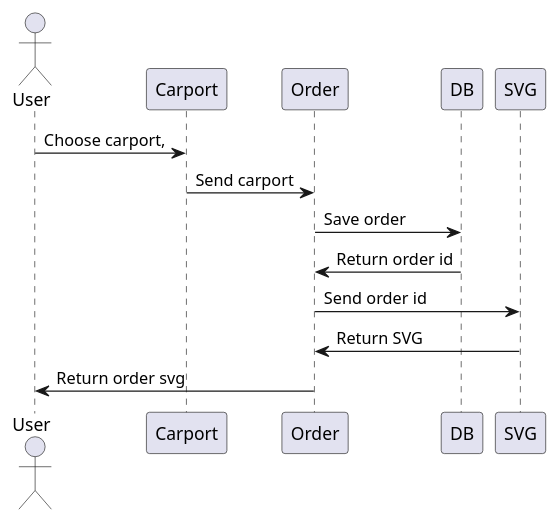
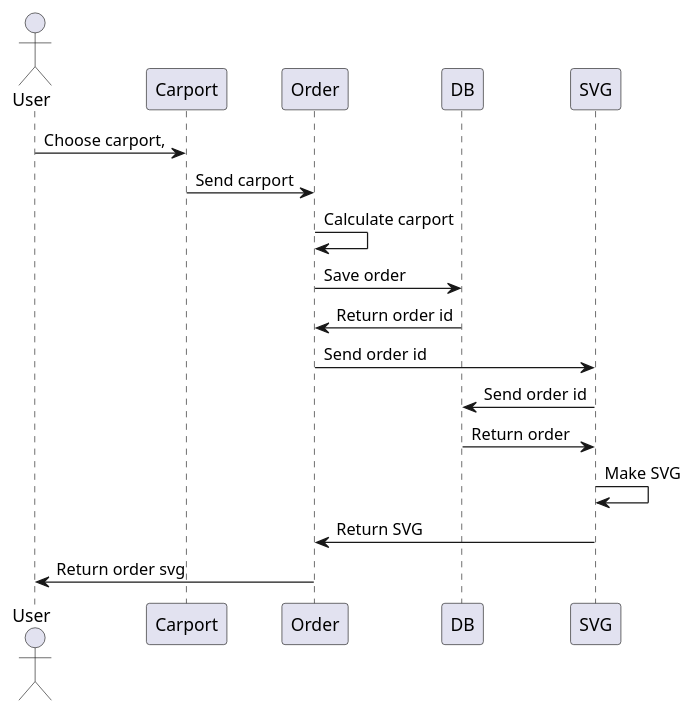
One commit to mbm1337/Carport changed the diagram in models/Sekvensdiagram.puml. Above: the diagram before and after it, drawn with PlantUML. The commit also changed 3 other files, not shown here.

```diff
--- a/models/Sekvensdiagram.puml
+++ b/models/Sekvensdiagram.puml
@@ -1,16 +1,20 @@
 @startuml
 actor User
 participant Carport
 participant Order
 participant DB
 participant SVG
 
 
 User -> Carport: Choose carport,
 Carport -> Order: Send carport
+Order -> Order: Calculate carport
 Order -> DB: Save order
 DB -> Order: Return order id
 Order -> SVG: Send order id
+SVG -> DB: Send order id
+DB -> SVG: Return order
+SVG -> SVG: Make SVG
 SVG -> Order: Return SVG
 Order -> User: Return order svg
 @enduml
```
